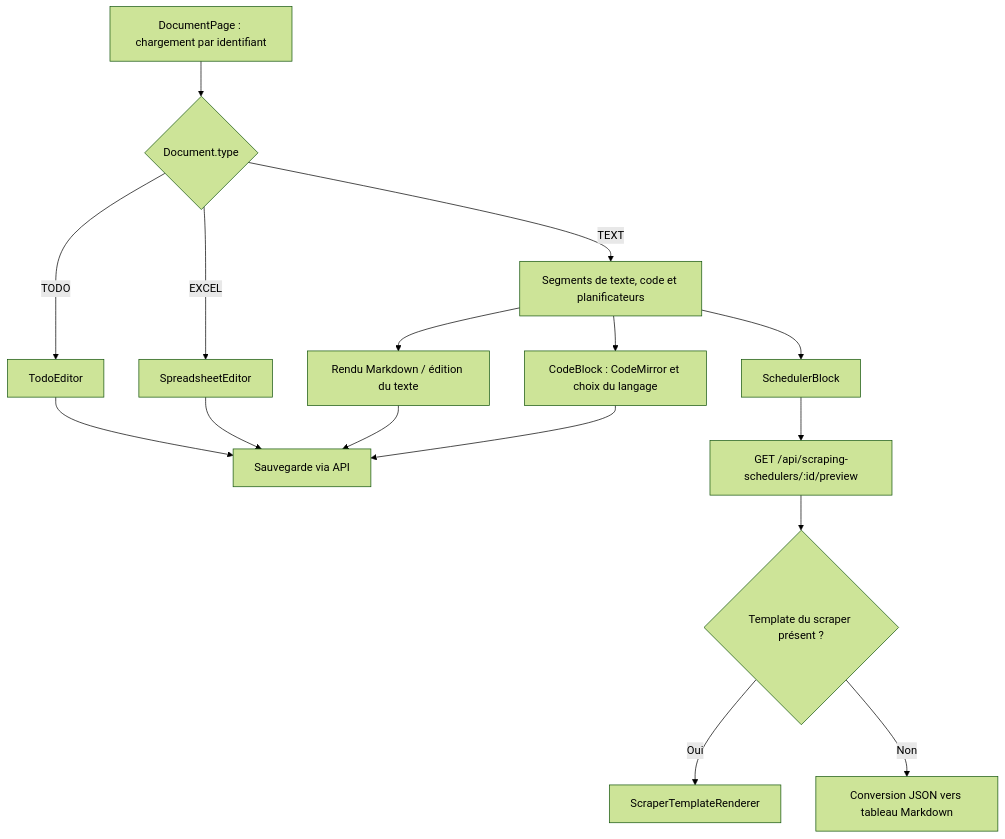
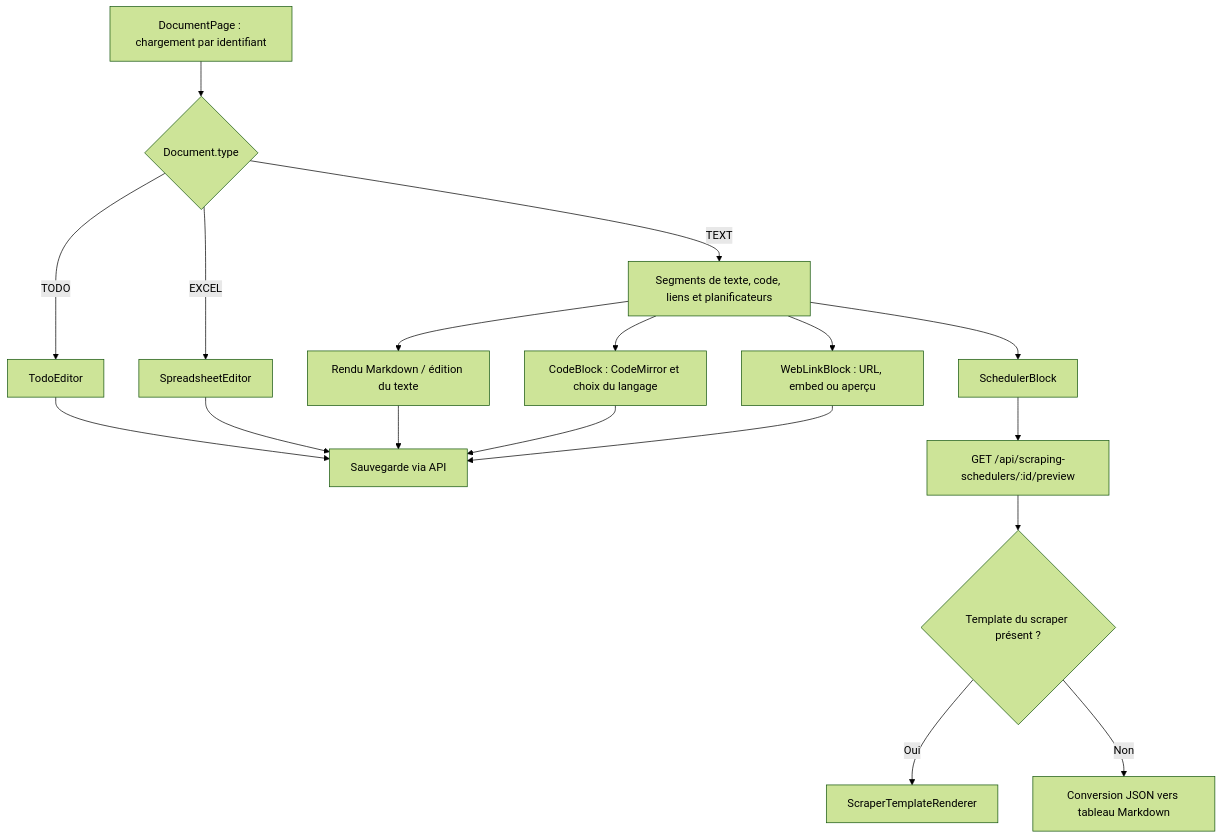
One commit to Tritounet1/tritou-notes changed the first of 2 diagrams in docs/schemas/app/documents.md. Above: the diagram before and after it, drawn with Mermaid (forest theme). The commit also changed other lines of this file and 13 other files, not shown here.

Commit message:
feat: add web link embeds and visual previews to documents

````diff
--- a/docs/schemas/app/documents.md
+++ b/docs/schemas/app/documents.md
@@ -5,18 +5,20 @@
 ```mermaid
 flowchart TD
     Page["DocumentPage : chargement par identifiant"] --> Type{"Document.type"}
-    Type -->|TEXT| Segments["Segments de texte, code et planificateurs"]
+    Type -->|TEXT| Segments["Segments de texte, code, liens et planificateurs"]
     Type -->|EXCEL| Sheet["SpreadsheetEditor"]
     Type -->|TODO| Todo["TodoEditor"]
     Segments --> Markdown["Rendu Markdown / édition du texte"]
+    Segments --> Links["WebLinkBlock : URL, embed ou aperçu"]
+    Links --> Save
     Segments --> Code["CodeBlock : CodeMirror et choix du langage"]
     Code --> Save
     Segments --> Scheduler["SchedulerBlock"]
     Scheduler --> Preview["GET /api/scraping-schedulers/:id/preview"]
     Preview --> Template{"Template du scraper présent ?"}
     Template -->|Oui| Render["ScraperTemplateRenderer"]
     Template -->|Non| Table["Conversion JSON vers tableau Markdown"]
     Markdown --> Save["Sauvegarde via API"]
     Sheet --> Save
     Todo --> Save
 ```
````
